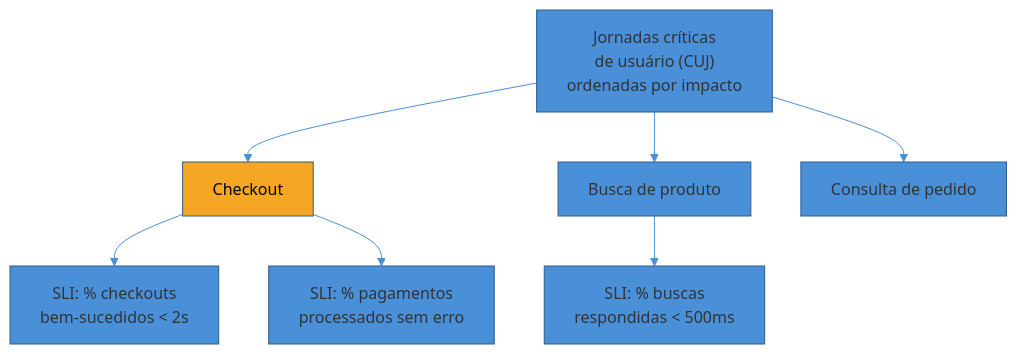
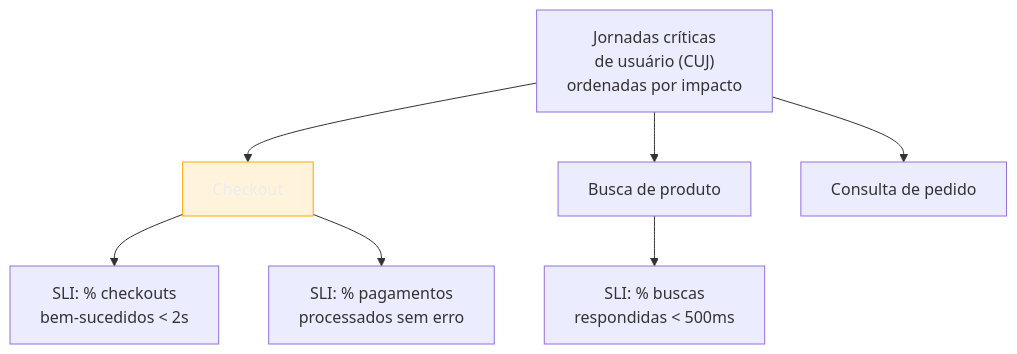
One commit to josenaldo/codex-technomanticus changed the first of 4 diagrams in 03-Dominios/Engenharia/Operação/4 - Observar e responder/02 - SLI, SLO e error budgets.md. Above: the diagram before and after it, drawn with Mermaid. The commit also changed other lines of this file and 1181 other files, not shown here.

First line of the commit message:
fix(diagramas): paleta do sistema no lugar de cor cravada no markdown

````diff
--- a/03-Dominios/Engenharia/Operação/4 - Observar e responder/02 - SLI, SLO e error budgets.md
+++ b/03-Dominios/Engenharia/Operação/4 - Observar e responder/02 - SLI, SLO e error budgets.md
@@ -68,11 +68,11 @@
 ```mermaid
-%%{init: {"theme": "base", "themeVariables": {"primaryColor": "#4A90D9", "primaryBorderColor": "#2E5C8A", "lineColor": "#4A90D9"}}}%%
 graph TD
+    classDef destaque fill:#FFAA0024,stroke:#FFAA00,color:#E9ECF2
     CUJ["Jornadas críticas<br/>de usuário (CUJ)<br/>ordenadas por impacto"] --> J1["Checkout"]
     CUJ --> J2["Busca de produto"]
     CUJ --> J3["Consulta de pedido"]
     J1 --> S1["SLI: % checkouts<br/>bem-sucedidos < 2s"]
     J1 --> S2["SLI: % pagamentos<br/>processados sem erro"]
     J2 --> S3["SLI: % buscas<br/>respondidas < 500ms"]
-    style J1 fill:#F5A623,color:#000
+    class J1 destaque
 ```
````
